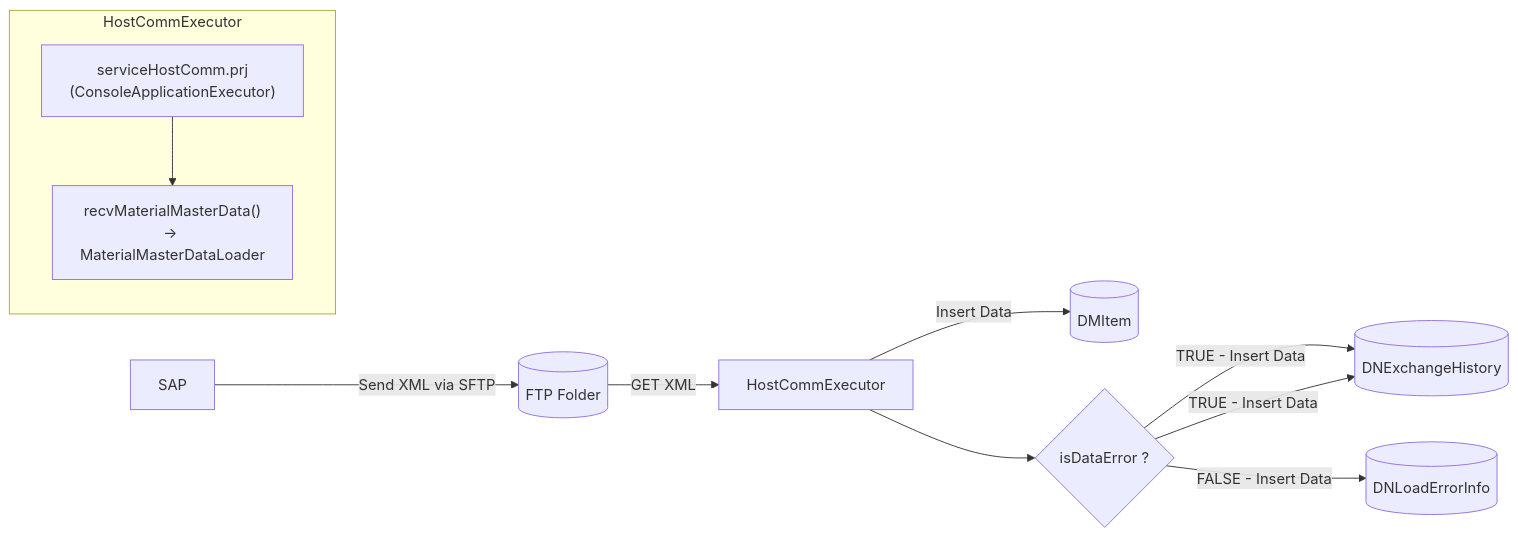
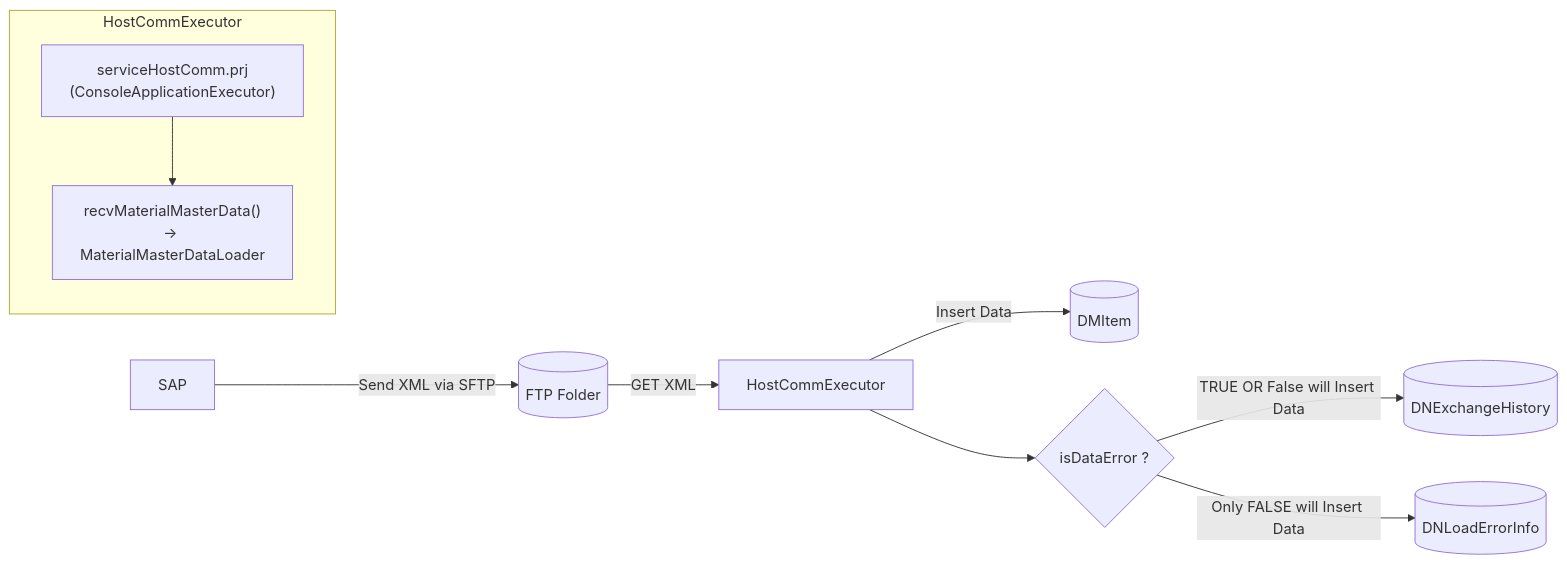
Before and after one commit to luthfiadityaa/SimeDarby-Wiki: the diagram in Basic-Design/Host-Interfaces/Material-Master-Data.md, drawn with Mermaid.

Commit message:
Updated Material Master Data

```diff
--- a/Basic-Design/Host-Interfaces/Material-Master-Data.md
+++ b/Basic-Design/Host-Interfaces/Material-Master-Data.md
@@ -11,16 +11,15 @@
 ::: mermaid
 flowchart LR
     A[SAP] -->|Send XML via SFTP| B[(FTP Folder)]
     B -->|GET XML| C[HostCommExecutor]
     C -->|Insert Data| E[(DMItem)]
     C --> Cond1{"isDataError ?"} 
-    Cond1 --> |TRUE - Insert Data| F[(DNExchangeHistory)]
-    Cond1 --> |FALSE - Insert Data| G[(DNLoadErrorInfo)]
-    Cond1 --> |TRUE - Insert Data| F
+    Cond1 --> |TRUE OR False will Insert Data| F[(DNExchangeHistory)]
+    Cond1 --> |Only FALSE will Insert Data| G[(DNLoadErrorInfo)]
 
     subgraph HostCommExecutor
         C1["serviceHostComm.prj<br>(ConsoleApplicationExecutor)"]
         C2["recvMaterialMasterData()<br>→ MaterialMasterDataLoader"]
         C1 --> C2
     end
 :::
```
